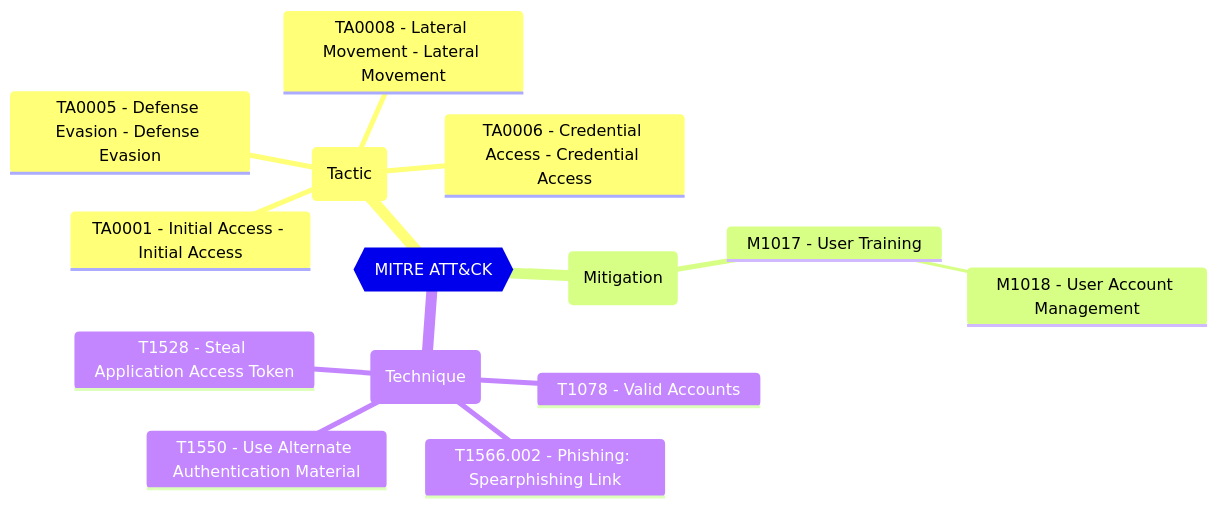
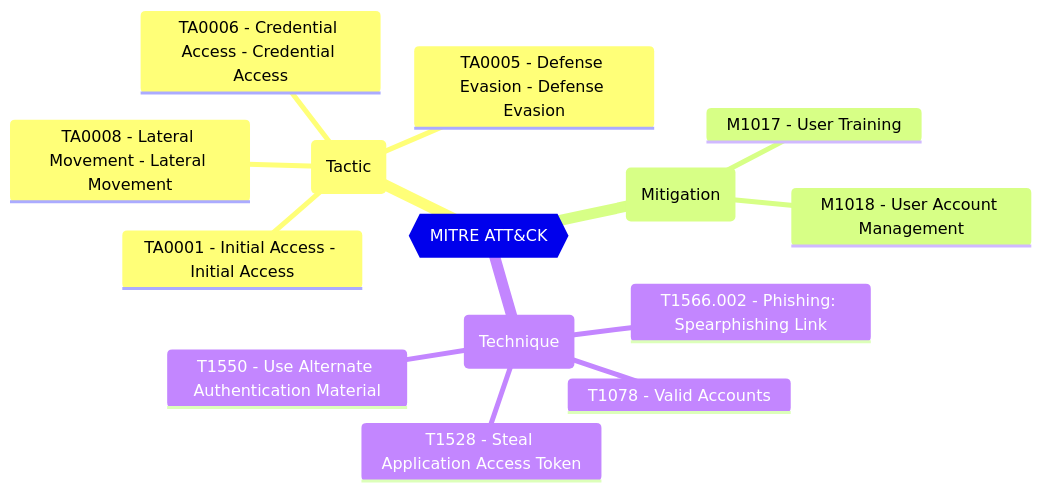
The diagram in website/docs/tests/eidsca/EIDSCA.AP08.md (maester365/maester), drawn with Mermaid before and after one commit. The commit also changed other lines of this file and 13 other files, not shown here.

````diff
--- a/website/docs/tests/eidsca/EIDSCA.AP08.md
+++ b/website/docs/tests/eidsca/EIDSCA.AP08.md
@@ -32,17 +32,17 @@
 ```mermaid
 mindmap
   root{{MITRE ATT&CK}}
     (Tactic)
       TA0001 - Initial Access - Initial Access
       TA0005 - Defense Evasion - Defense Evasion
       TA0006 - Credential Access - Credential Access
       TA0008 - Lateral Movement - Lateral Movement
     (Mitigation)
       M1017 - User Training
-       M1018 - User Account Management
+      M1018 - User Account Management
     (Technique)
       T1566.002 - Phishing: Spearphishing Link
       T1078 - Valid Accounts
       T1550 - Use Alternate Authentication Material
       T1528 - Steal Application Access Token
 ```
````
